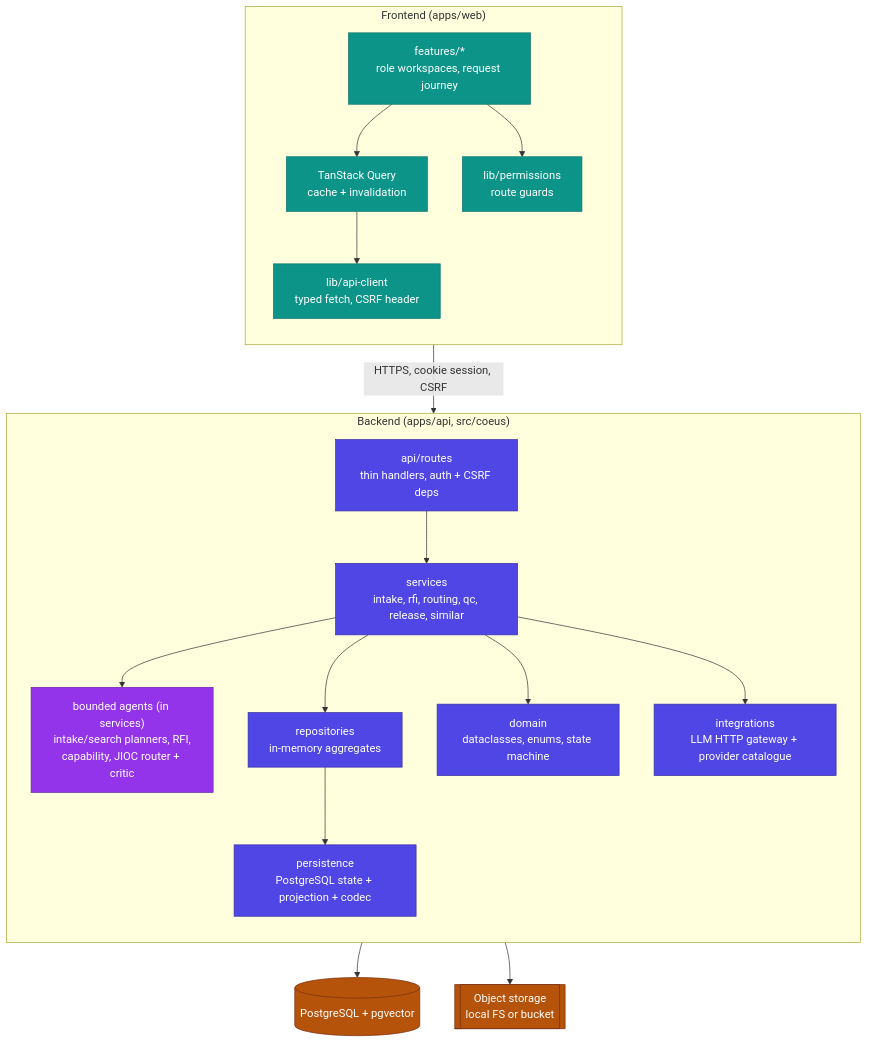
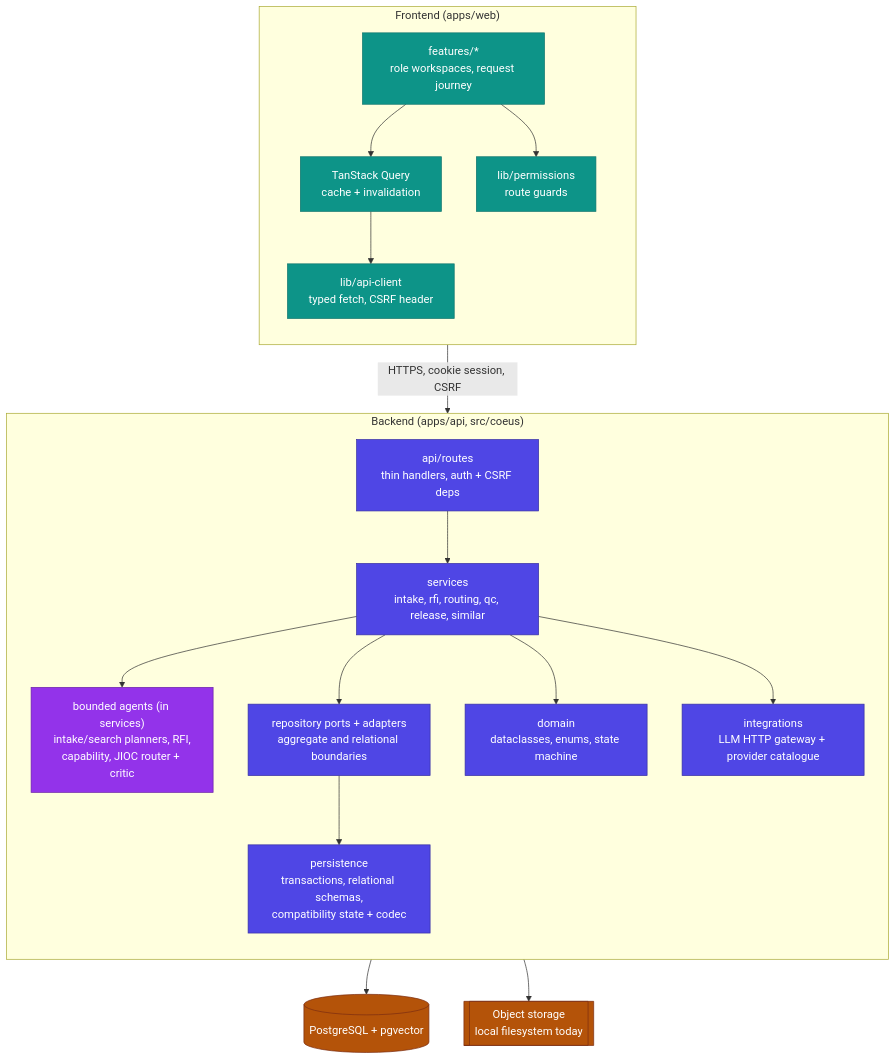
Before and after one commit to ShabalalaWATP/Coeus: the second of 4 diagrams in docs/ARCHITECTURE.md, drawn with Mermaid. The commit also changed other lines of this file and 45 other files, not shown here.

````diff
--- a/docs/ARCHITECTURE.md
+++ b/docs/ARCHITECTURE.md
@@ -101,45 +104,45 @@
 ```mermaid
 flowchart TB
     subgraph web["Frontend  (apps/web)"]
         direction TB
         PAGES["features/*<br/>role workspaces, request journey"]
         APICLIENT["lib/api-client<br/>typed fetch, CSRF header"]
         QUERY["TanStack Query<br/>cache + invalidation"]
         PERMS["lib/permissions<br/>route guards"]
         PAGES --> QUERY --> APICLIENT
         PAGES --> PERMS
     end
 
     subgraph api["Backend  (apps/api, src/coeus)"]
         direction TB
         ROUTES["api/routes<br/>thin handlers, auth + CSRF deps"]
         SERVICES["services<br/>intake, rfi, routing, qc, release, similar"]
         AGENTS["bounded agents (in services)<br/>intake/search planners, RFI,<br/>capability, JIOC router + critic"]
-        REPOS["repositories<br/>in-memory aggregates"]
+        REPOS["repository ports + adapters<br/>aggregate and relational boundaries"]
         DOMAIN["domain<br/>dataclasses, enums, state machine"]
-        PERSIST["persistence<br/>PostgreSQL state + projection + codec"]
+        PERSIST["persistence<br/>transactions, relational schemas,<br/>compatibility state + codec"]
         INTEG["integrations<br/>LLM HTTP gateway + provider catalogue"]
         ROUTES --> SERVICES
         SERVICES --> AGENTS
         SERVICES --> REPOS
         SERVICES --> DOMAIN
         SERVICES --> INTEG
         REPOS --> PERSIST
     end
 
     DB[("PostgreSQL + pgvector")]
-    OBJ[["Object storage<br/>local FS or bucket"]]
+    OBJ[["Object storage<br/>local filesystem today"]]
 
     APICLIENT -->|"HTTPS, cookie session, CSRF"| ROUTES
     PERSIST --> DB
     SERVICES --> OBJ
 
     classDef fe fill:#0d9488,stroke:#0f766e,color:#fff,stroke-width:1px
     classDef be fill:#4f46e5,stroke:#3730a3,color:#fff,stroke-width:1px
     classDef ai fill:#9333ea,stroke:#6b21a8,color:#fff,stroke-width:1px
     classDef data fill:#b45309,stroke:#7c2d12,color:#fff,stroke-width:1px
     class PAGES,APICLIENT,QUERY,PERMS fe
     class ROUTES,SERVICES,REPOS,DOMAIN,PERSIST,INTEG be
     class AGENTS ai
     class DB,OBJ data
 ```
````
